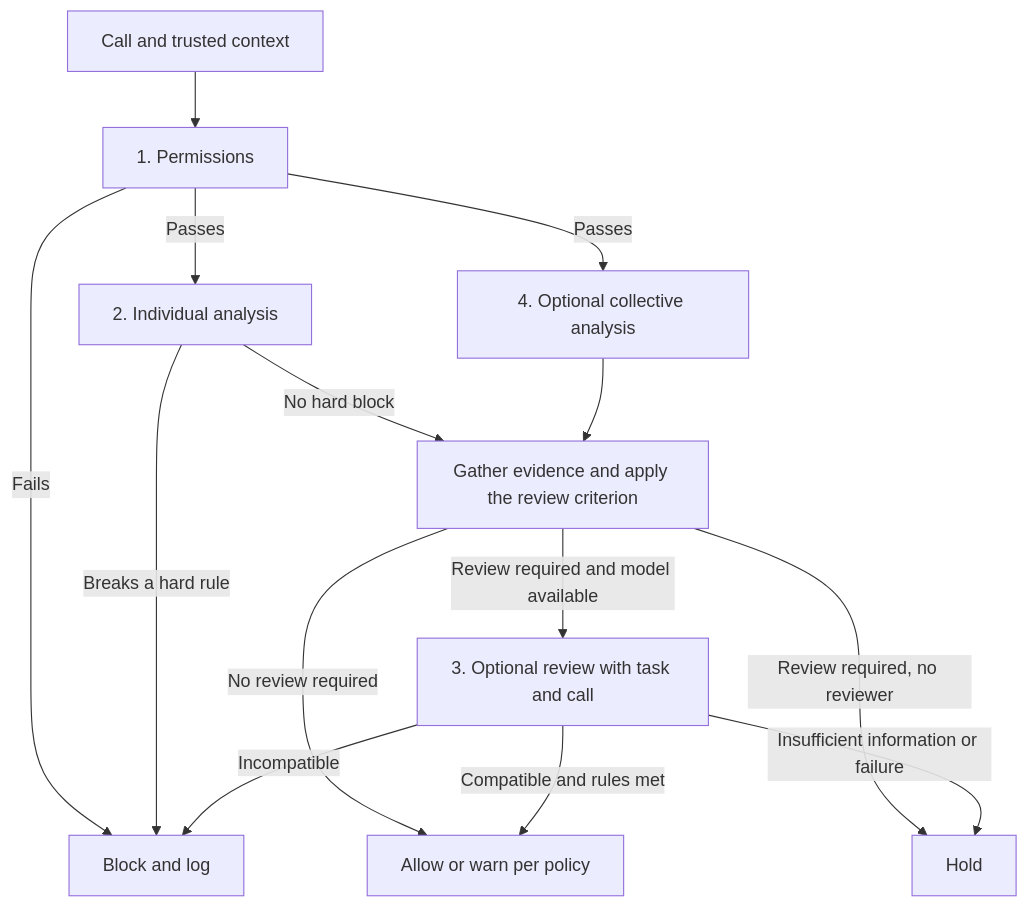
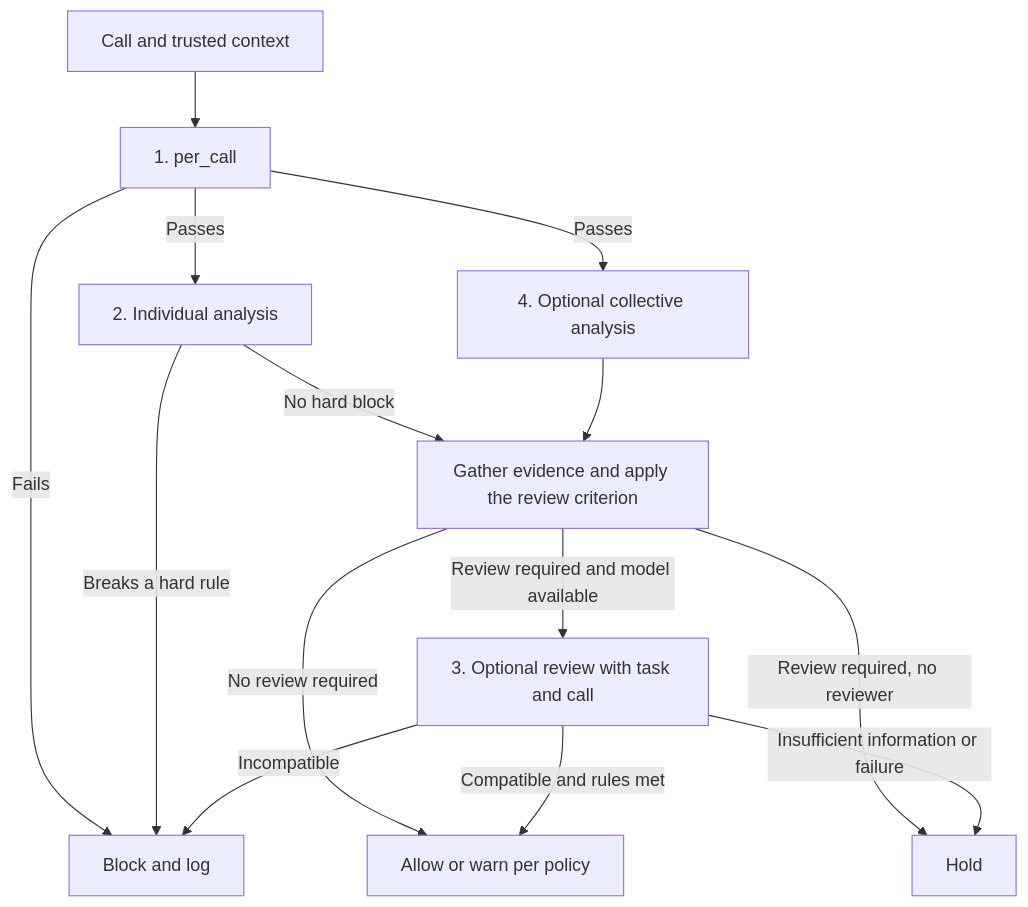
One commit to adoviguerav/bouncer changed the diagram in PRD.md. Above: the diagram before and after it, drawn with Mermaid. The commit also changed other lines of this file and 24 other files, not shown here.

````diff
--- a/PRD.md
+++ b/PRD.md
@@ -117,16 +117,16 @@
 ```mermaid
 flowchart TD
-    A["Call and trusted context"] --> B["1. Permissions"]
+    A["Call and trusted context"] --> B["1. per_call"]
     B -->|"Fails"| X["Block and log"]
     B -->|"Passes"| C["2. Individual analysis"]
     B -->|"Passes"| D["4. Optional collective analysis"]
     C -->|"Breaks a hard rule"| X
     C -->|"No hard block"| E["Gather evidence and apply the review criterion"]
     D --> E
     E -->|"No review required"| F["Allow or warn per policy"]
     E -->|"Review required and model available"| G["3. Optional review with task and call"]
     E -->|"Review required, no reviewer"| H["Hold"]
     G -->|"Compatible and rules met"| F
     G -->|"Incompatible"| X
     G -->|"Insufficient information or failure"| H
 ```
````
